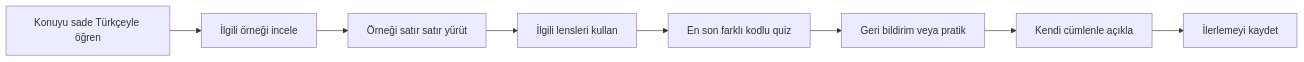
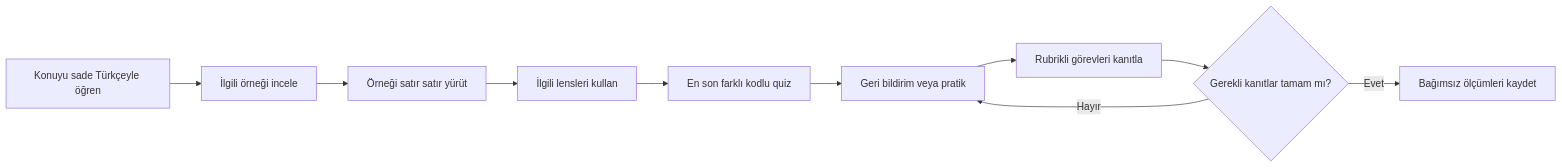
One commit to ataanuysal/softgrillmeapp changed the first of 4 diagrams in DESIGN.md. Above: the diagram before and after it, drawn with Mermaid. The commit also changed other lines of this file and 27 other files, not shown here.

Commit message:
Deepen learning flow and measurement quality

````diff
--- a/DESIGN.md
+++ b/DESIGN.md
@@ -9,10 +9,12 @@
 ```mermaid
 flowchart LR
   A["Konuyu sade Türkçeyle öğren"] --> B["İlgili örneği incele"]
   B --> C["Örneği satır satır yürüt"]
   C --> D["İlgili lensleri kullan"]
   D --> E["En son farklı kodlu quiz"]
   E --> F["Geri bildirim veya pratik"]
-  F --> G["Kendi cümlenle açıkla"]
-  G --> H["İlerlemeyi kaydet"]
+  F --> G["Rubrikli görevleri kanıtla"]
+  G --> H{"Gerekli kanıtlar tamam mı?"}
+  H -->|Hayır| F
+  H -->|Evet| I["Bağımsız ölçümleri kaydet"]
 ```
````
